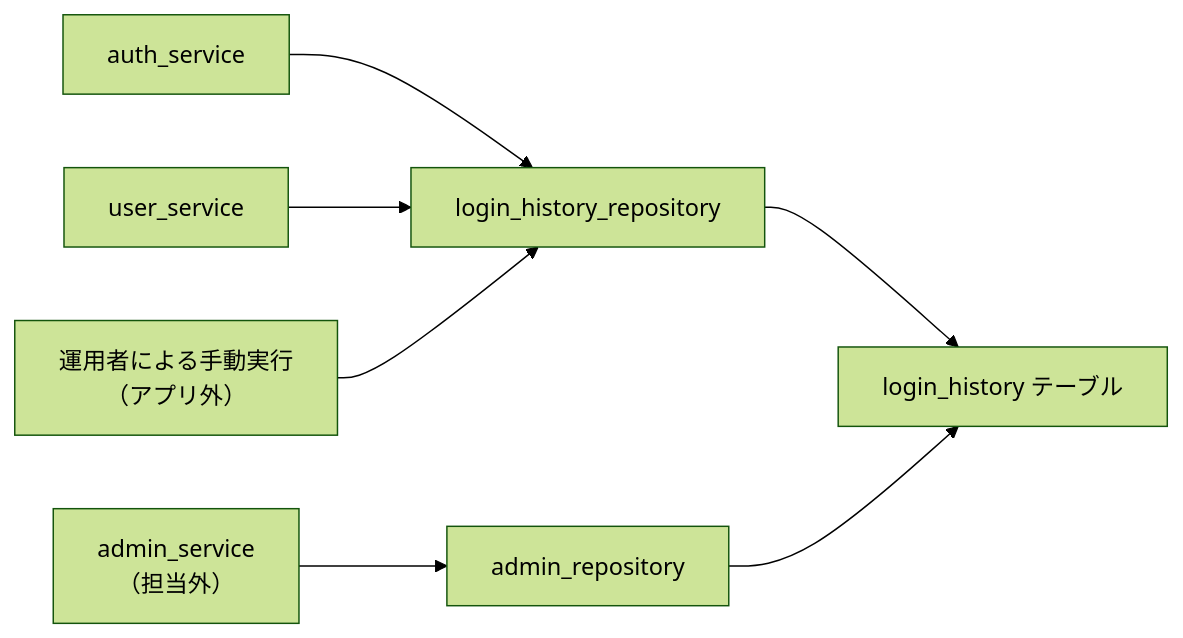
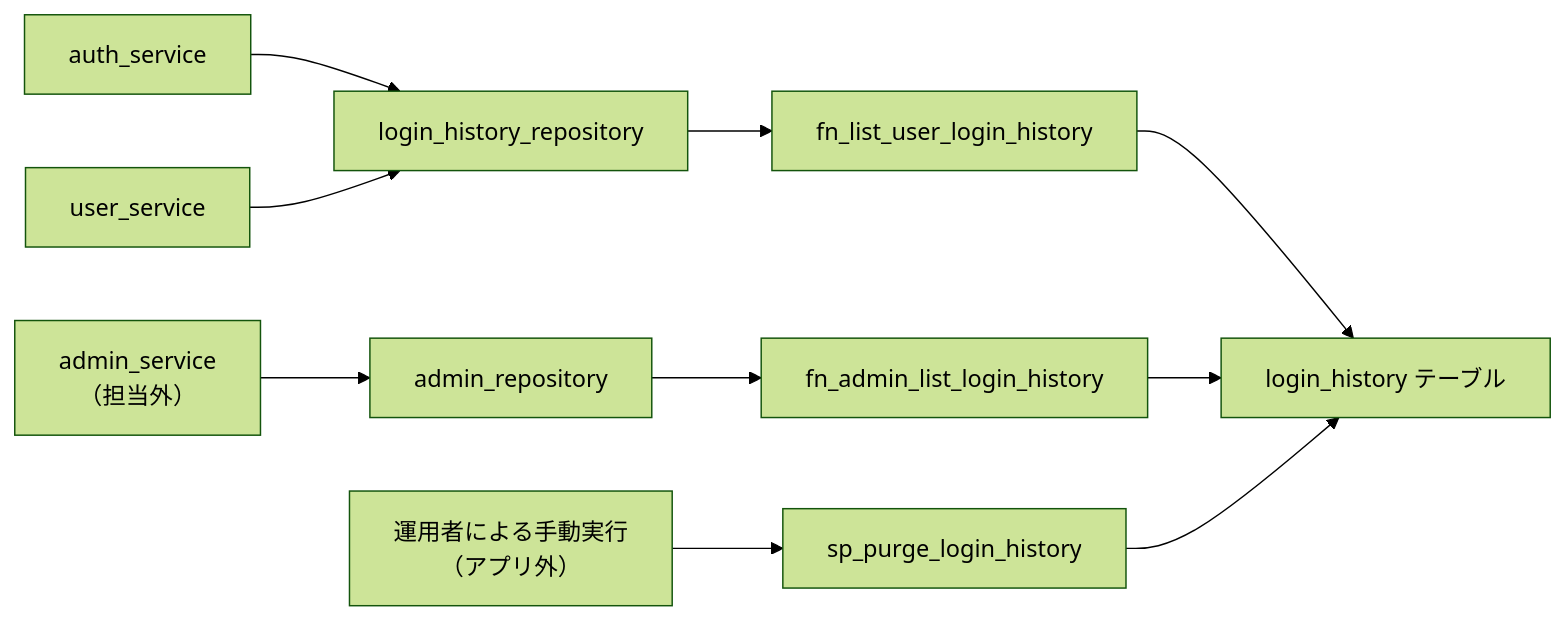
Before and after one commit to oikawa-d/task_management: the third of 3 diagrams in docs/detailed_design/database/03_table_login_history.md, drawn with Mermaid (forest theme). The commit also changed 2 other files, not shown here.

Commit message:
docs: DB契約のレビュー指摘を反映

````diff
--- a/docs/detailed_design/database/03_table_login_history.md
+++ b/docs/detailed_design/database/03_table_login_history.md
@@ -217,9 +217,12 @@
 ```mermaid
 flowchart LR
     AS["auth_service"] --> LRP["login_history_repository"]
     US["user_service"] --> LRP
     ADS["admin_service<br/>（担当外）"] --> ARP["admin_repository"]
-    OPS["運用者による手動実行<br/>（アプリ外）"] --> LRP
-    LRP --> T["login_history テーブル"]
-    ARP --> T
+    OPS["運用者による手動実行<br/>（アプリ外）"] --> PURGE["sp_purge_login_history"]
+    LRP --> LFN["fn_list_user_login_history"]
+    ARP --> AFN["fn_admin_list_login_history"]
+    LFN --> T["login_history テーブル"]
+    AFN --> T
+    PURGE --> T
 ```
````
